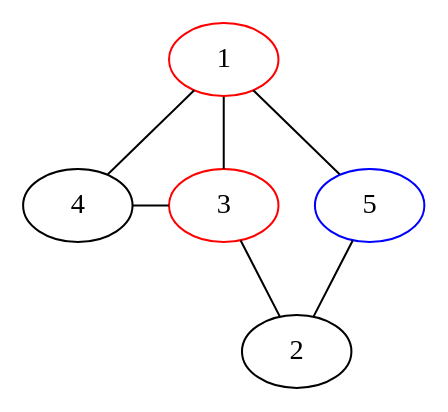
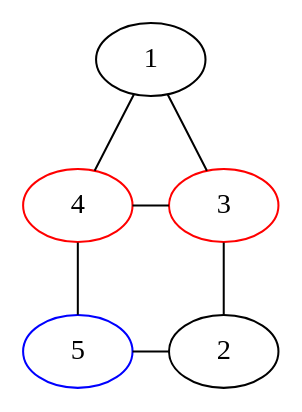
One commit to bilboquet/gamelib changed the diagram in sprouts/1112.dot. Above: the diagram before and after it, drawn with Graphviz. The commit also changed 6 other files, not shown here.

```diff
--- a/sprouts/1112.dot
+++ b/sprouts/1112.dot
@@ -1,18 +1,25 @@
 graph {
   1 -- 4 -- 3;
-  1 -- 5 -- 2;
   1 -- 3 -- 2;
+  4 -- 5 -- 2;
 
   {
     rank="same";
-    5;
     3;
     4;
 
   }
 
-  1 [color="red"];
+
+  {
+    rank="same";
+    2;
+    5;
+
+  }
+
   3 [color="red"];
+  4 [color="red"];
   5 [color="blue"];
 
 }
```
